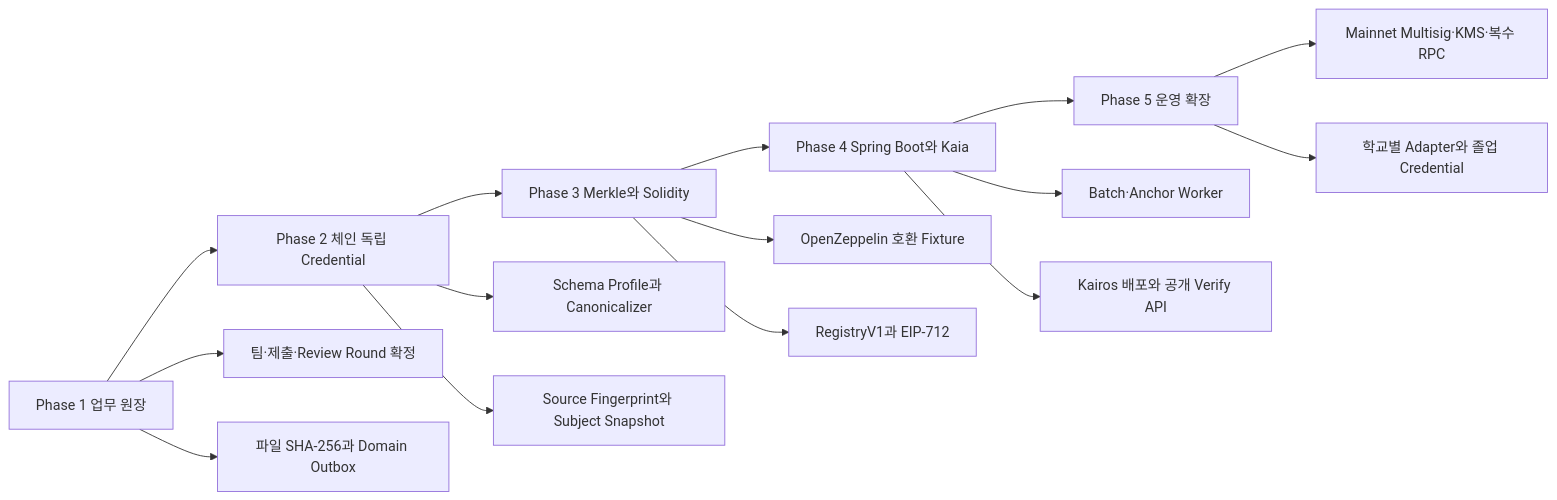
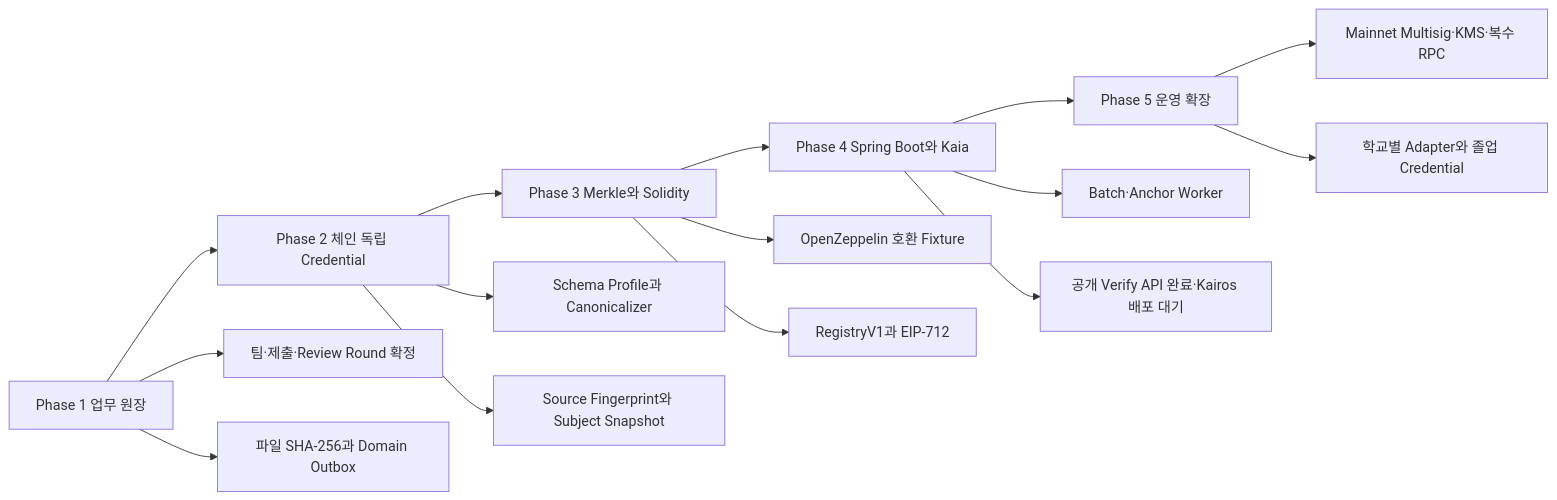
Before and after one commit to Tok-Baro/Trekkey_BackEnd: diagram 21 of 22 in docs/architecture-diagrams.md, drawn with Mermaid. The commit also changed other lines of this file and 13 other files, not shown here.

````diff
--- a/docs/architecture-diagrams.md
+++ b/docs/architecture-diagrams.md
@@ -594,18 +594,18 @@
 ```mermaid
 flowchart LR
     phase1["Phase 1 업무 원장"] --> phase2["Phase 2 체인 독립 Credential"]
     phase2 --> phase3["Phase 3 Merkle와 Solidity"]
     phase3 --> phase4["Phase 4 Spring Boot와 Kaia"]
     phase4 --> phase5["Phase 5 운영 확장"]
 
     phase1 --> p1a["팀·제출·Review Round 확정"]
     phase1 --> p1b["파일 SHA-256과 Domain Outbox"]
     phase2 --> p2a["Schema Profile과 Canonicalizer"]
     phase2 --> p2b["Source Fingerprint와 Subject Snapshot"]
     phase3 --> p3a["OpenZeppelin 호환 Fixture"]
     phase3 --> p3b["RegistryV1과 EIP-712"]
     phase4 --> p4a["Batch·Anchor Worker"]
-    phase4 --> p4b["Kairos 배포와 공개 Verify API"]
+    phase4 --> p4b["공개 Verify API 완료·Kairos 배포 대기"]
     phase5 --> p5a["Mainnet Multisig·KMS·복수 RPC"]
     phase5 --> p5b["학교별 Adapter와 졸업 Credential"]
 ```
````
